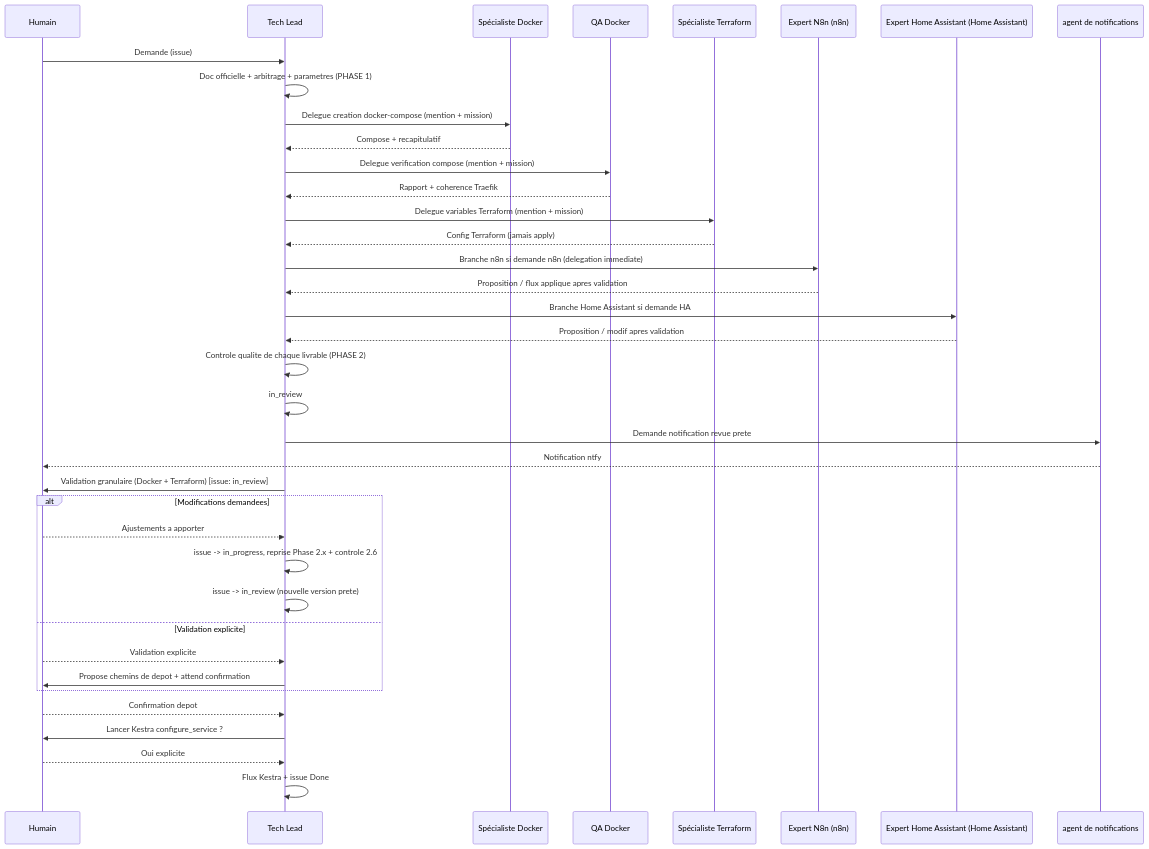
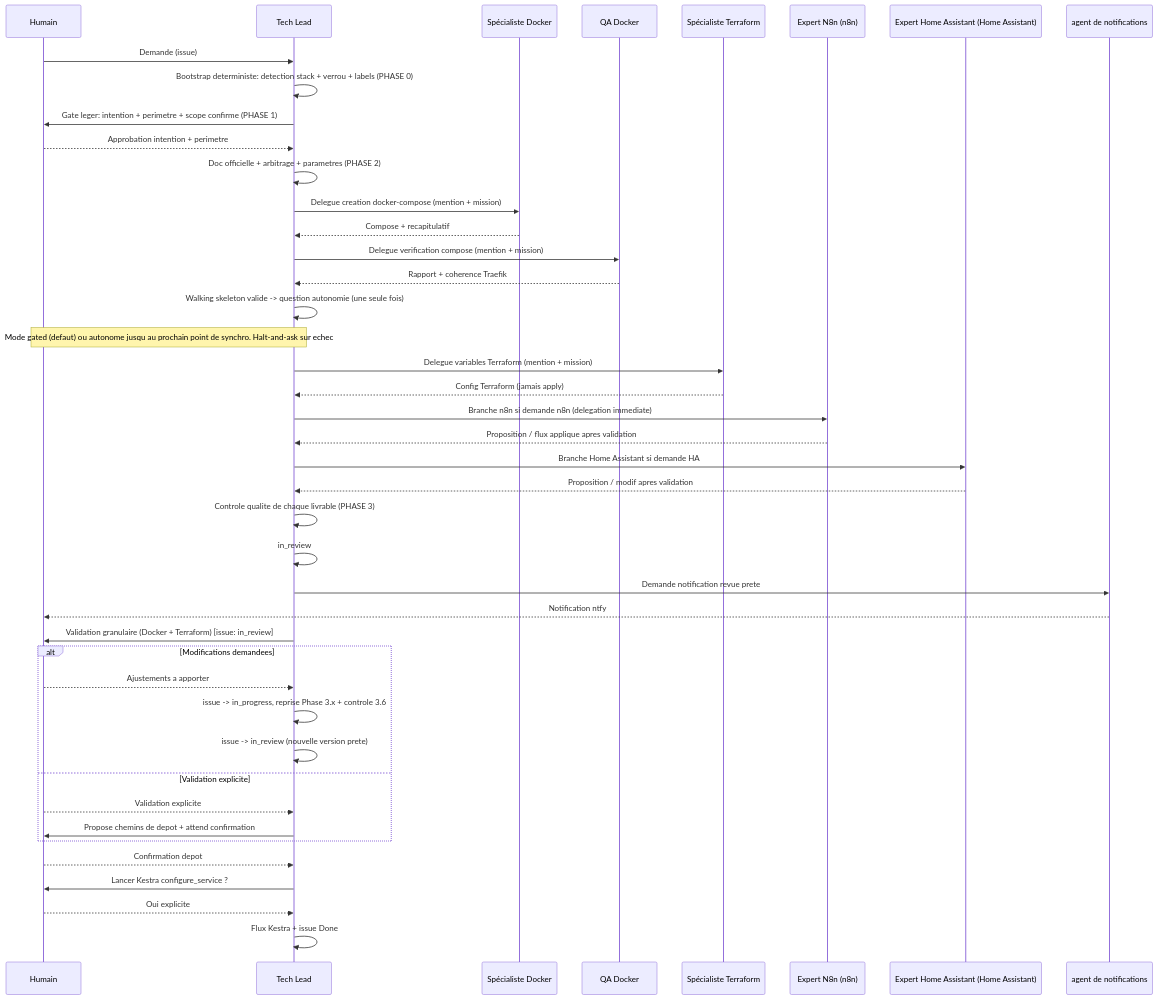
One commit to Gsyltc/homelab-portfolio changed the second of 2 diagrams in docs/homelab-workflow.md. Above: the diagram before and after it, drawn with Mermaid. The commit also changed other lines of this file and 1 other file, not shown here.

First line of the commit message:
homelab: Stage 5 (ALI-205) — passage à 5 phases + mode d'autonomie

````diff
--- a/docs/homelab-workflow.md
+++ b/docs/homelab-workflow.md
@@ -445,40 +521,45 @@
 ```mermaid
 sequenceDiagram
     participant H as Humain
     participant S as Tech Lead
     participant B as Spécialiste Docker
     participant K as QA Docker
     participant An as Spécialiste Terraform
     participant M as Expert N8n (n8n)
     participant Hu as Expert Home Assistant (Home Assistant)
     participant AL as agent de notifications
     H->>S: Demande (issue)
-    S->>S: Doc officielle + arbitrage + parametres (PHASE 1)
+    S->>S: Bootstrap deterministe: detection stack + verrou + labels (PHASE 0)
+    S->>H: Gate leger: intention + perimetre + scope confirme (PHASE 1)
+    H-->>S: Approbation intention + perimetre
+    S->>S: Doc officielle + arbitrage + parametres (PHASE 2)
     S->>B: Delegue creation docker-compose (mention + mission)
     B-->>S: Compose + recapitulatif
     S->>K: Delegue verification compose (mention + mission)
     K-->>S: Rapport + coherence Traefik
+    S->>S: Walking skeleton valide -> question autonomie (une seule fois)
+    Note over S,H: Mode gated (defaut) ou autonome jusqu au prochain point de synchro. Halt-and-ask sur echec
     S->>An: Delegue variables Terraform (mention + mission)
     An-->>S: Config Terraform (jamais apply)
     S->>M: Branche n8n si demande n8n (delegation immediate)
     M-->>S: Proposition / flux applique apres validation
     S->>Hu: Branche Home Assistant si demande HA
     Hu-->>S: Proposition / modif apres validation
-    S->>S: Controle qualite de chaque livrable (PHASE 2)
+    S->>S: Controle qualite de chaque livrable (PHASE 3)
     S->>S: in_review
     S->>AL: Demande notification revue prete
     AL-->>H: Notification ntfy
     S->>H: Validation granulaire (Docker + Terraform) [issue: in_review]
     alt Modifications demandees
         H-->>S: Ajustements a apporter
-        S->>S: issue -> in_progress, reprise Phase 2.x + controle 2.6
+        S->>S: issue -> in_progress, reprise Phase 3.x + controle 3.6
         S->>S: issue -> in_review (nouvelle version prete)
     else Validation explicite
         H-->>S: Validation explicite
         S->>H: Propose chemins de depot + attend confirmation
     end
     H-->>S: Confirmation depot
     S->>H: Lancer Kestra configure_service ?
     H-->>S: Oui explicite
     S->>S: Flux Kestra + issue Done
 ```
````
